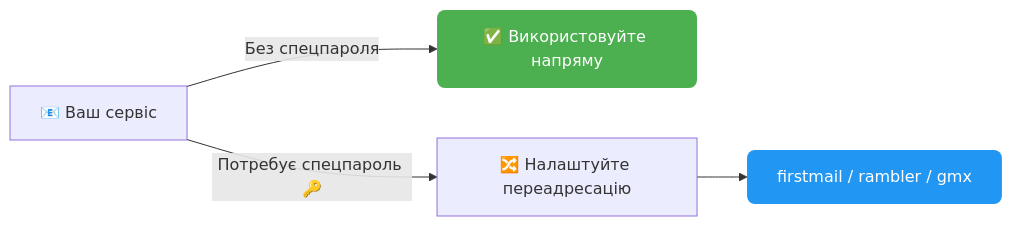
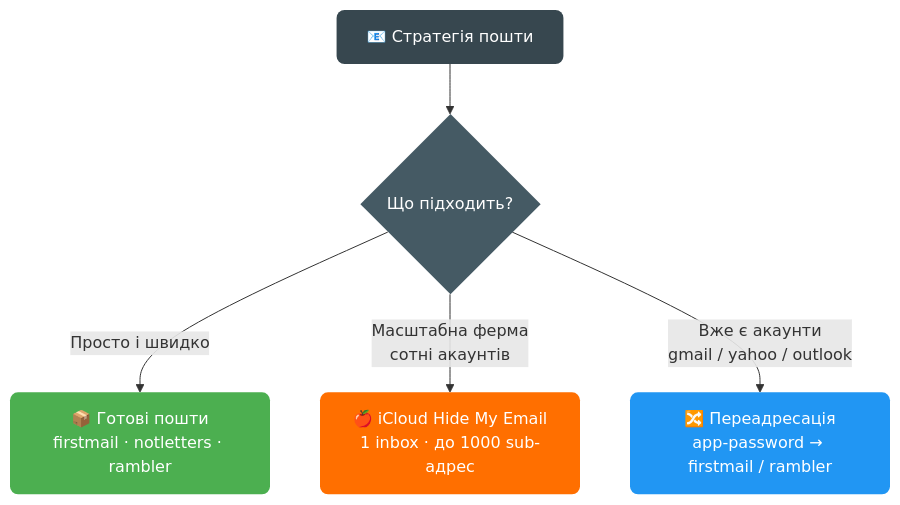
The first of 10 diagrams in src/content/docs/ua/getting-started/faq.md (AutoPilotSoftware/docs), drawn with Mermaid before and after one commit. The commit also changed other lines of this file and 2 other files, not shown here.

First line of the commit message:
docs(faq): mail strategy patterns + iCloud Hide My Email guide

````diff
--- a/src/content/docs/ua/getting-started/faq.md
+++ b/src/content/docs/ua/getting-started/faq.md
@@ -59,9 +59,13 @@
 ```mermaid
-flowchart LR
-    A["📧 Ваш сервіс"] -->|Без спецпароля| B["✅ Використовуйте напряму"]
-    A -->|Потребує спецпароль 🔑| C["🔀 Налаштуйте переадресацію"]
-    C --> D["firstmail / rambler / gmx"]
+flowchart TD
+    Start["📧 Стратегія пошти"] --> Q{"Що підходить?"}
+    Q -->|"Просто і швидко"| Direct["📦 Готові пошти<br/>firstmail · notletters · rambler"]
+    Q -->|"Масштабна ферма<br/>сотні акаунтів"| Farm["🍎 iCloud Hide My Email<br/>1 inbox · до 1000 sub-адрес"]
+    Q -->|"Вже є акаунти<br/>gmail / yahoo / outlook"| Fwd["🔀 Переадресація<br/>app-password → firstmail / rambler"]
 
-    style B fill:#4CAF50,color:#fff,stroke:none,rx:8
-    style D fill:#2196F3,color:#fff,stroke:none,rx:8
+    style Start fill:#37474F,color:#fff,stroke:none,rx:8
+    style Q fill:#455A64,color:#fff,stroke:none,rx:8
+    style Direct fill:#4CAF50,color:#fff,stroke:none,rx:8
+    style Farm fill:#FF6F00,color:#fff,stroke:none,rx:8
+    style Fwd fill:#2196F3,color:#fff,stroke:none,rx:8
 ```
````
